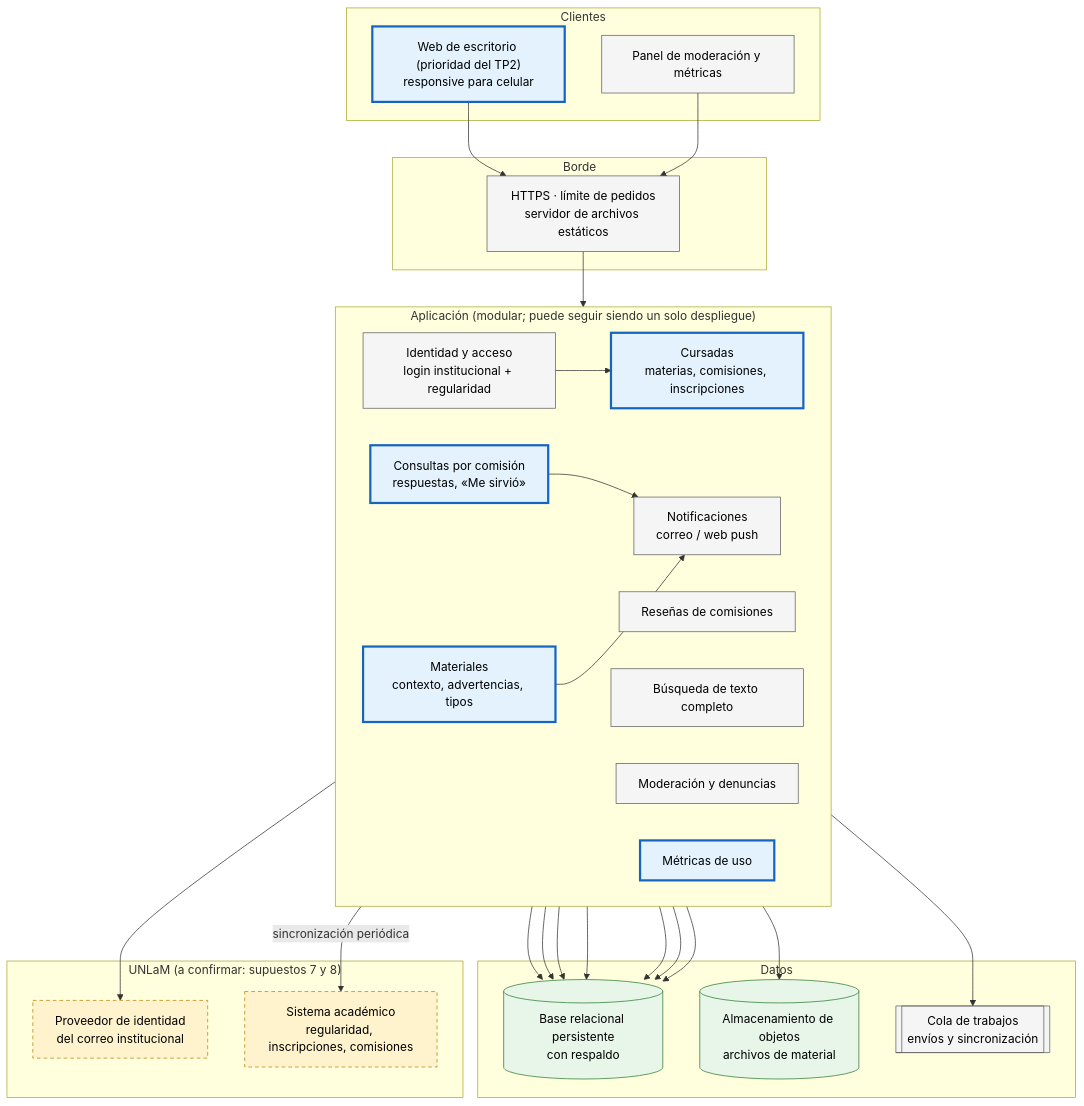
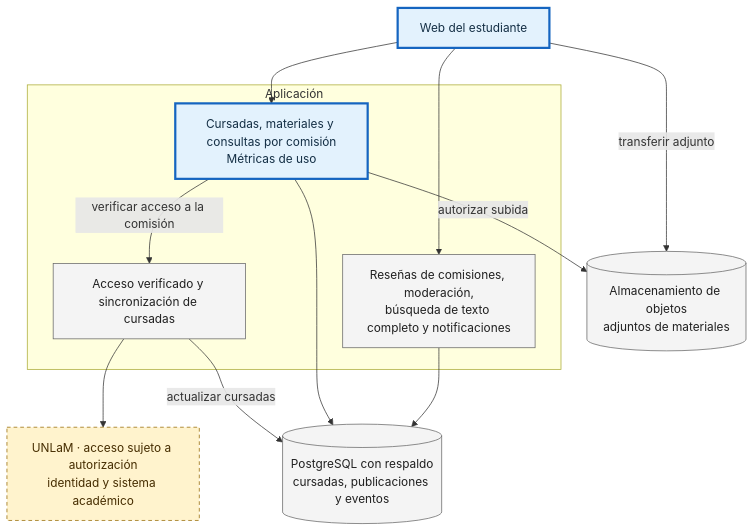
One commit to gadsii-unlam/gadsii-Bananza changed the second of 2 diagrams in docs/arquitectura/tp6-arquitectura.md. Above: the diagram before and after it, drawn with Mermaid. The commit also changed other lines of this file and 3 other files, not shown here.

Commit message:
docs(tp6): revisar arquitectura y agregar contexto para el equipo

````diff
--- a/docs/arquitectura/tp6-arquitectura.md
+++ b/docs/arquitectura/tp6-arquitectura.md
@@ -109,52 +66,24 @@
 ```mermaid
 flowchart TB
-  classDef mvp fill:#e3f2fd,stroke:#1565c0,stroke-width:3px,color:#000
-  classDef nuevo fill:#f5f5f5,stroke:#616161,color:#000
-  classDef ext fill:#fff3cd,stroke:#b8860b,stroke-dasharray:5 4,color:#000
-  classDef data fill:#e8f5e9,stroke:#2e7d32,color:#000
-
-  subgraph CLI["Clientes"]
-    WEB["Web de escritorio (prioridad del TP2)<br/>responsive para celular"]:::mvp
-    PANEL["Panel de moderación y métricas"]:::nuevo
+  classDef mvp fill:#e3f2fd,stroke:#1565c0,stroke-width:3px,color:#142f45
+  classDef nuevo fill:#f4f4f4,stroke:#666,color:#202020
+  classDef ext fill:#fff3cd,stroke:#946900,stroke-dasharray:5 4,color:#462d00
+  WEB["Web del estudiante"]:::mvp
+  subgraph APP["Aplicación"]
+    CORE["Cursadas, materiales y consultas por comisión<br/>Métricas de uso"]:::mvp
+    FUT["Reseñas de comisiones, moderación,<br/>búsqueda de texto completo y notificaciones"]:::nuevo
+    ID["Acceso verificado y sincronización de cursadas"]:::nuevo
   end
-
-  subgraph BORDE["Borde"]
-    GW["HTTPS · límite de pedidos<br/>servidor de archivos estáticos"]:::nuevo
-  end
-
-  subgraph APPS["Aplicación (modular; puede seguir siendo un solo despliegue)"]
-    direction LR
-    ID["Identidad y acceso<br/>login institucional + regularidad"]:::nuevo
-    CUR["Cursadas<br/>materias, comisiones, inscripciones"]:::mvp
-    MAT["Materiales<br/>contexto, advertencias, tipos"]:::mvp
-    CON["Consultas por comisión<br/>respuestas, «Me sirvió»"]:::mvp
-    RES["Reseñas de comisiones"]:::nuevo
-    BUS["Búsqueda de texto completo"]:::nuevo
-    MOD["Moderación y denuncias"]:::nuevo
-    NOT["Notificaciones<br/>correo / web push"]:::nuevo
-    MET["Métricas de uso"]:::mvp
-  end
-
-  subgraph DAT["Datos"]
-    PG[("Base relacional persistente<br/>con respaldo")]:::data
-    OBJ[("Almacenamiento de objetos<br/>archivos de material")]:::data
-    COLA[["Cola de trabajos<br/>envíos y sincronización"]]:::nuevo
-  end
-
-  subgraph UN["UNLaM (a confirmar: supuestos 7 y 8)"]
-    SSO["Proveedor de identidad<br/>del correo institucional"]:::ext
-    ACAD["Sistema académico<br/>regularidad, inscripciones, comisiones"]:::ext
-  end
-
-  WEB --> GW --> APPS
-  PANEL --> GW
-  ID --> SSO
-  ID --> CUR
-  CUR -- "sincronización periódica" --> ACAD
-  CON --> NOT
-  MAT --> NOT
-  NOT --> COLA
-  CUR & MAT & CON & RES & MOD & MET --> PG
-  MAT --> OBJ
-  BUS --> PG
+  PG[("PostgreSQL con respaldo<br/>cursadas, publicaciones y eventos")]:::nuevo
+  OBJ[("Almacenamiento de objetos<br/>adjuntos de materiales")]:::nuevo
+  UN["UNLaM · acceso sujeto a autorización<br/>identidad y sistema académico"]:::ext
+  WEB --> CORE
+  WEB --> FUT
+  CORE -->|verificar acceso a la comisión| ID
+  ID --> UN
+  ID -->|actualizar cursadas| PG
+  CORE --> PG
+  FUT --> PG
+  CORE -->|autorizar subida| OBJ
+  WEB -->|transferir adjunto| OBJ
 ```
````
